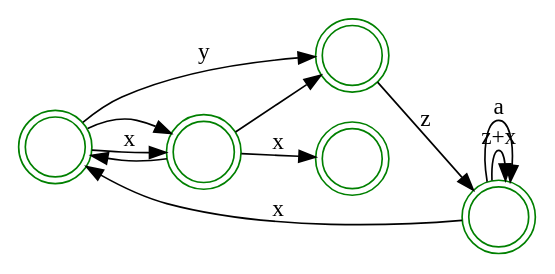
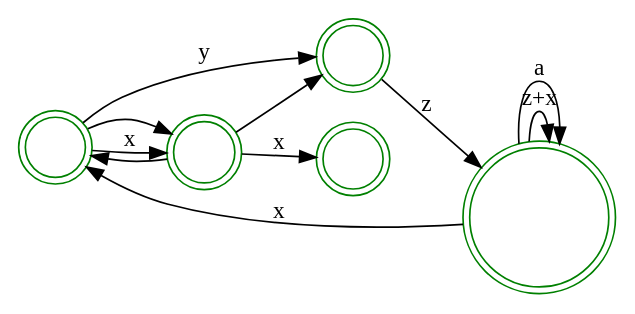
Before and after one commit to andrelago13/COMP: the diagram in examples vis/teste2.dot, drawn with Graphviz. The commit also changed 1 other file, not shown here.

```diff
--- a/examples vis/teste2.dot
+++ b/examples vis/teste2.dot
@@ -1,18 +1,18 @@
 digraph {
   rankdir=LR;
   node [shape = doublecircle,
   		fontcolor=white,
   		color = green,
   		peripheries = 2]; B C;
   node [shape = circle];
-  0;
-  0 -> 0[label="z+x"];
-  0 -> 0[label=a];
-  0 -> B[label=x];
+  START;
+  START -> START[label="z+x"];
+  START -> START[label=a];
+  START -> B[label=x];
   B -> C[label=y];
-  C -> 0[label=z];
+  C -> START[label=z];
   B -> D;
   B -> D[label=x];
   D -> {B; C}
   D -> E[label=x];
 }
```
